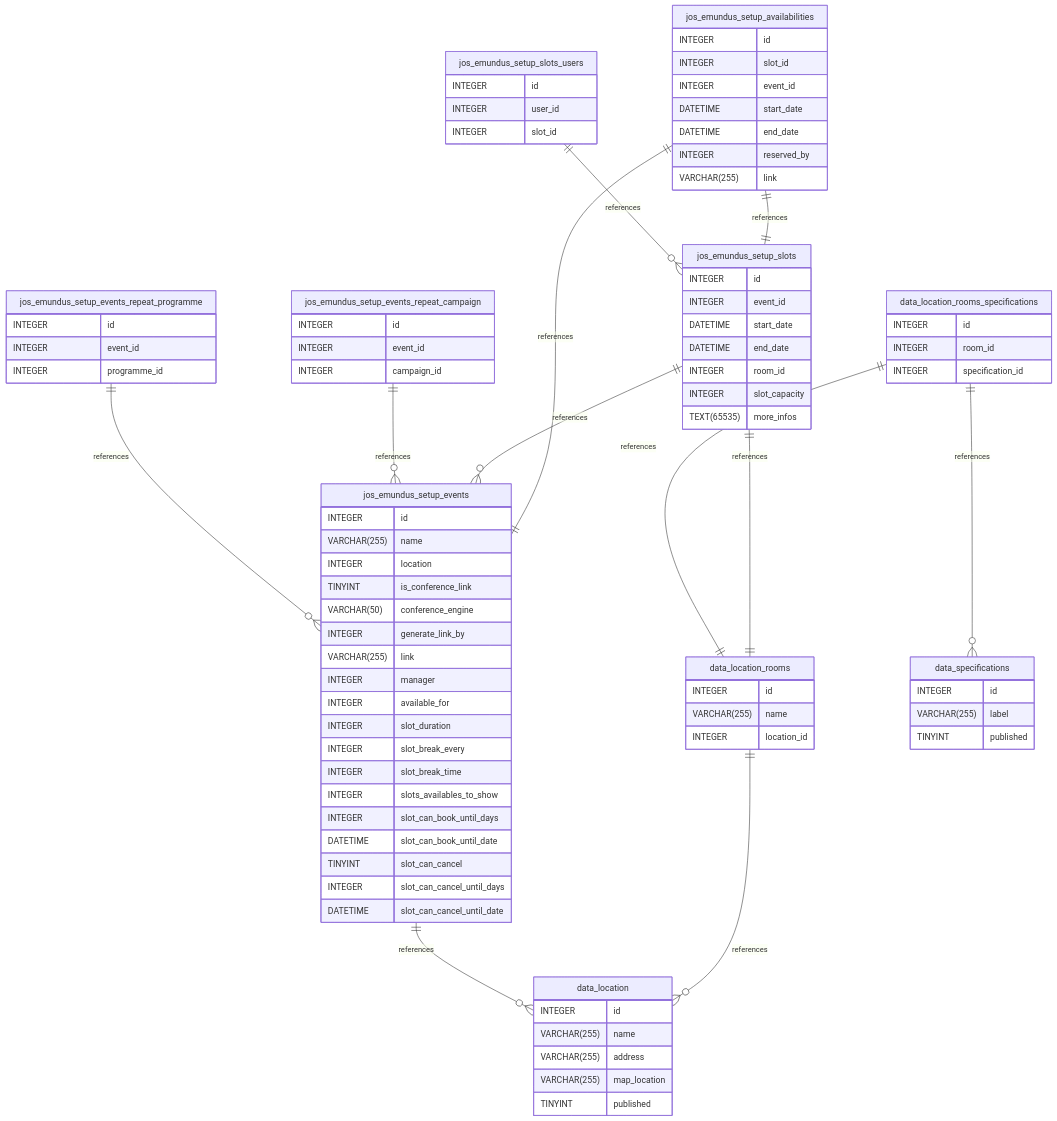
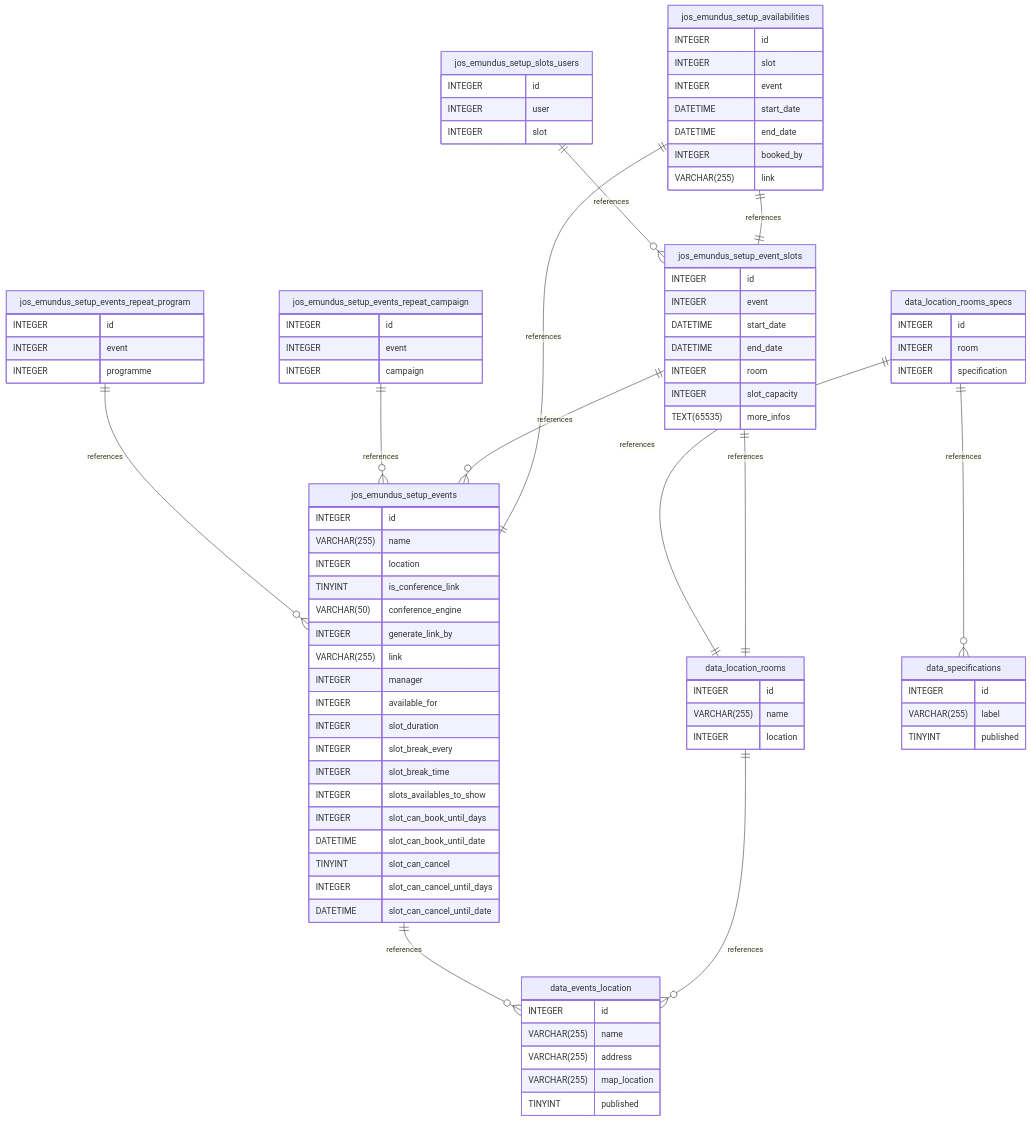
Before and after one commit to emundus/tchooz-docs: the diagram in src/docs/features/databases/booking.md, drawn with Mermaid. The commit also changed other lines of this file and 5 other files, not shown here.

Commit message:
Add messenger specs, update booking specs, complete event handling doc

````diff
--- a/src/docs/features/databases/booking.md
+++ b/src/docs/features/databases/booking.md
@@ -156,15 +168,15 @@
 ```mermaid
 erDiagram
-	jos_emundus_setup_events ||--o{ data_location : references
-	data_location_rooms ||--o{ data_location : references
-	jos_emundus_setup_events_repeat_programme ||--o{ jos_emundus_setup_events : references
+	jos_emundus_setup_events ||--o{ data_events_location : references
+	data_location_rooms ||--o{ data_events_location : references
+	jos_emundus_setup_events_repeat_program ||--o{ jos_emundus_setup_events : references
 	jos_emundus_setup_events_repeat_campaign ||--o{ jos_emundus_setup_events : references
-	data_location_rooms_specifications ||--|| data_location_rooms : references
-	data_location_rooms_specifications ||--o{ data_specifications : references
-	jos_emundus_setup_slots ||--o{ jos_emundus_setup_events : references
-	jos_emundus_setup_slots ||--|| data_location_rooms : references
-	jos_emundus_setup_slots_users ||--o{ jos_emundus_setup_slots : references
-	jos_emundus_setup_availabilities ||--|| jos_emundus_setup_slots : references
+    data_location_rooms_specs ||--|| data_location_rooms : references
+    data_location_rooms_specs ||--o{ data_specifications : references
+    jos_emundus_setup_event_slots ||--o{ jos_emundus_setup_events : references
+    jos_emundus_setup_event_slots ||--|| data_location_rooms : references
+	jos_emundus_setup_slots_users ||--o{ jos_emundus_setup_event_slots : references
+	jos_emundus_setup_availabilities ||--|| jos_emundus_setup_event_slots : references
 	jos_emundus_setup_availabilities ||--|| jos_emundus_setup_events : references
 
 	jos_emundus_setup_events {
@@ -188,7 +200,7 @@
 		DATETIME slot_can_cancel_until_date
 	}
 
-	data_location {
+    data_events_location {
 		INTEGER id
 		VARCHAR(255) name
 		VARCHAR(255) address
@@ -199,25 +211,25 @@
 	data_location_rooms {
 		INTEGER id
 		VARCHAR(255) name
-		INTEGER location_id
+		INTEGER location
 	}
 
-	jos_emundus_setup_events_repeat_programme {
+	jos_emundus_setup_events_repeat_program {
 		INTEGER id
-		INTEGER event_id
-		INTEGER programme_id
+		INTEGER event
+		INTEGER programme
 	}
 
 	jos_emundus_setup_events_repeat_campaign {
 		INTEGER id
-		INTEGER event_id
-		INTEGER campaign_id
+		INTEGER event
+		INTEGER campaign
 	}
 
-	data_location_rooms_specifications {
+	data_location_rooms_specs {
 		INTEGER id
-		INTEGER room_id
-		INTEGER specification_id
+		INTEGER room
+		INTEGER specification
 	}
 
 	data_specifications {
@@ -226,29 +238,29 @@
 		TINYINT published
 	}
 
-	jos_emundus_setup_slots {
+    jos_emundus_setup_event_slots {
 		INTEGER id
-		INTEGER event_id
+		INTEGER event
 		DATETIME start_date
 		DATETIME end_date
-		INTEGER room_id
+		INTEGER room
 		INTEGER slot_capacity
 		TEXT(65535) more_infos
 	}
 
 	jos_emundus_setup_slots_users {
 		INTEGER id
-		INTEGER user_id
-		INTEGER slot_id
+		INTEGER user
+		INTEGER slot
 	}
 
 	jos_emundus_setup_availabilities {
 		INTEGER id
-		INTEGER slot_id
-		INTEGER event_id
+		INTEGER slot
+		INTEGER event
 		DATETIME start_date
 		DATETIME end_date
-		INTEGER reserved_by
+		INTEGER booked_by
 		VARCHAR(255) link
 	}
 ```
````
